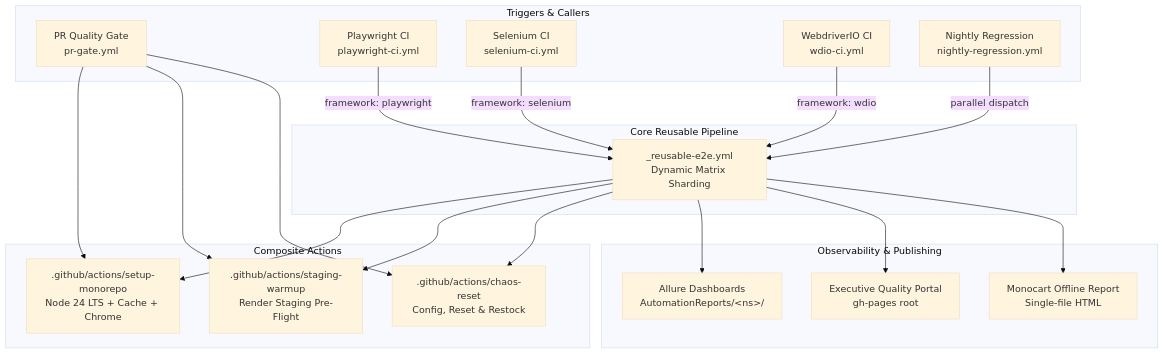
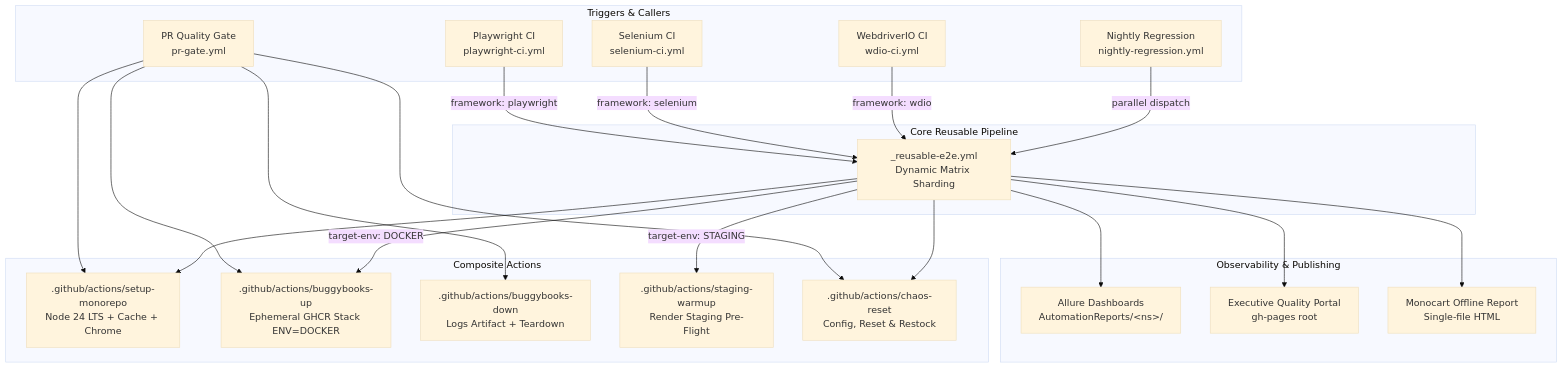
Before and after one commit to munna7862/automation-frameworks: the diagram in docs/architecture/ci_pipeline_map.md, drawn with Mermaid (base theme). The commit also changed other lines of this file and 20 other files, not shown here.

````diff
--- a/docs/architecture/ci_pipeline_map.md
+++ b/docs/architecture/ci_pipeline_map.md
@@ -11,43 +11,47 @@
 ```mermaid
 graph TD
     subgraph Triggers & Callers
         PRGate[PR Quality Gate<br/>pr-gate.yml]
         PWCI[Playwright CI<br/>playwright-ci.yml]
         SelCI[Selenium CI<br/>selenium-ci.yml]
         WdioCI[WebdriverIO CI<br/>wdio-ci.yml]
         Nightly[Nightly Regression<br/>nightly-regression.yml]
     end
 
     subgraph Core Reusable Pipeline
         Reusable[_reusable-e2e.yml<br/>Dynamic Matrix Sharding]
     end
 
     subgraph Composite Actions
         SetupAction[.github/actions/setup-monorepo<br/>Node 24 LTS + Cache + Chrome]
+        UpAction[.github/actions/buggybooks-up<br/>Ephemeral GHCR Stack ENV=DOCKER]
+        DownAction[.github/actions/buggybooks-down<br/>Logs Artifact + Teardown]
         WarmupAction[.github/actions/staging-warmup<br/>Render Staging Pre-Flight]
         ResetAction[.github/actions/chaos-reset<br/>Config, Reset & Restock]
     end
 
     subgraph Observability & Publishing
         AllurePages[Allure Dashboards<br/>AutomationReports/&lt;ns&gt;/]
         PortalPages[Executive Quality Portal<br/>gh-pages root]
         MonocartRep[Monocart Offline Report<br/>Single-file HTML]
     end
 
     PRGate --> SetupAction
-    PRGate --> WarmupAction
+    PRGate --> UpAction
     PRGate --> ResetAction
+    PRGate --> DownAction
 
     PWCI -->|framework: playwright| Reusable
     SelCI -->|framework: selenium| Reusable
     WdioCI -->|framework: wdio| Reusable
     Nightly -->|parallel dispatch| Reusable
 
     Reusable --> SetupAction
-    Reusable --> WarmupAction
+    Reusable -->|target-env: DOCKER| UpAction
+    Reusable -->|target-env: STAGING| WarmupAction
     Reusable --> ResetAction
 
     Reusable --> AllurePages
     Reusable --> PortalPages
     Reusable --> MonocartRep
 ```
````
